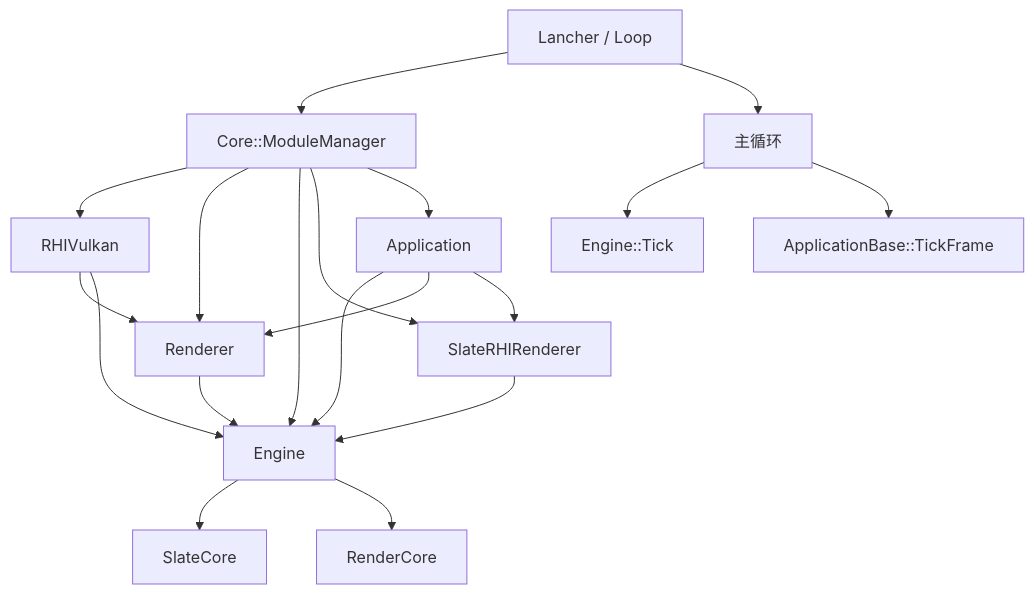
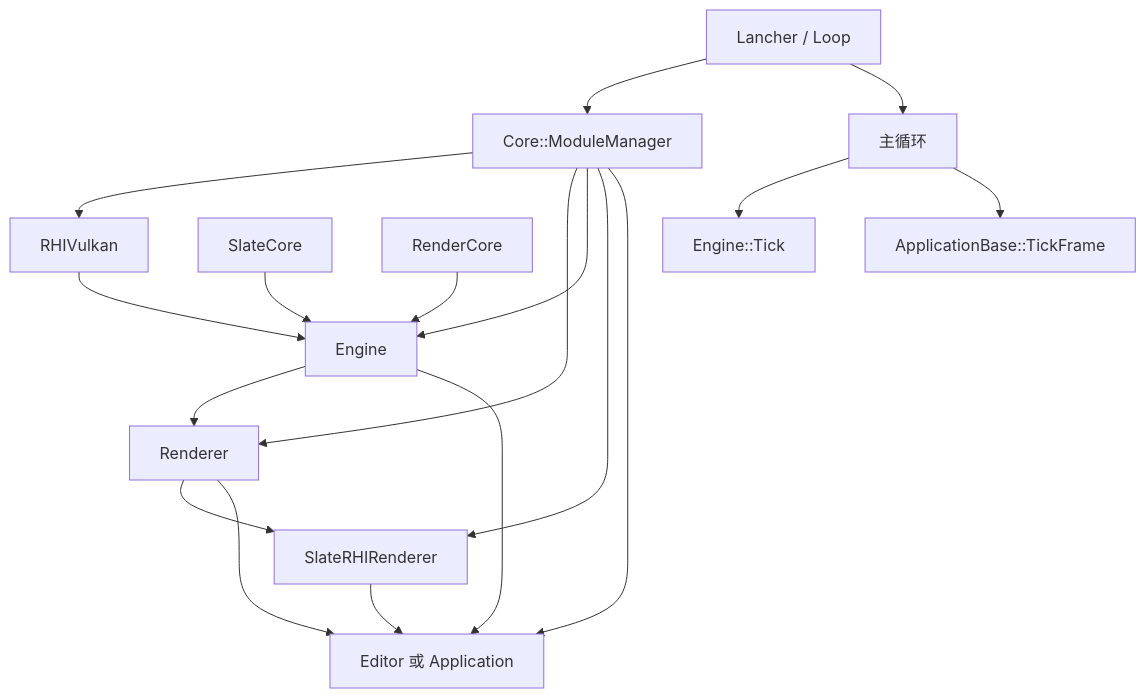
The diagram in Doc/architecture/overall.md (mou-wj/WREngine), drawn with Mermaid before and after one commit. The commit also changed other lines of this file and 73 other files, not shown here.

````diff
--- a/Doc/architecture/overall.md
+++ b/Doc/architecture/overall.md
@@ -136,23 +132,22 @@
 ```mermaid
 flowchart TD
     A[Lancher / Loop] --> B[Core::ModuleManager]
     B --> C[RHIVulkan]
     B --> D[Renderer]
     B --> E[Engine]
     B --> F[SlateRHIRenderer]
-    B --> G[Application]
+    B --> G[Editor 或 Application]
 
-    C --> D
     C --> E
-    D --> E
-    E --> H[SlateCore]
-    E --> I[RenderCore]
-    F --> E
-    G --> E
-    G --> D
-    G --> F
+    E --> D
+    D --> F
+    H[SlateCore] --> E
+    I[RenderCore] --> E
+    E --> G
+    D --> G
+    F --> G
 
     A --> J[主循环]
     J --> K[Engine::Tick]
     J --> L[ApplicationBase::TickFrame]
 ```
````
